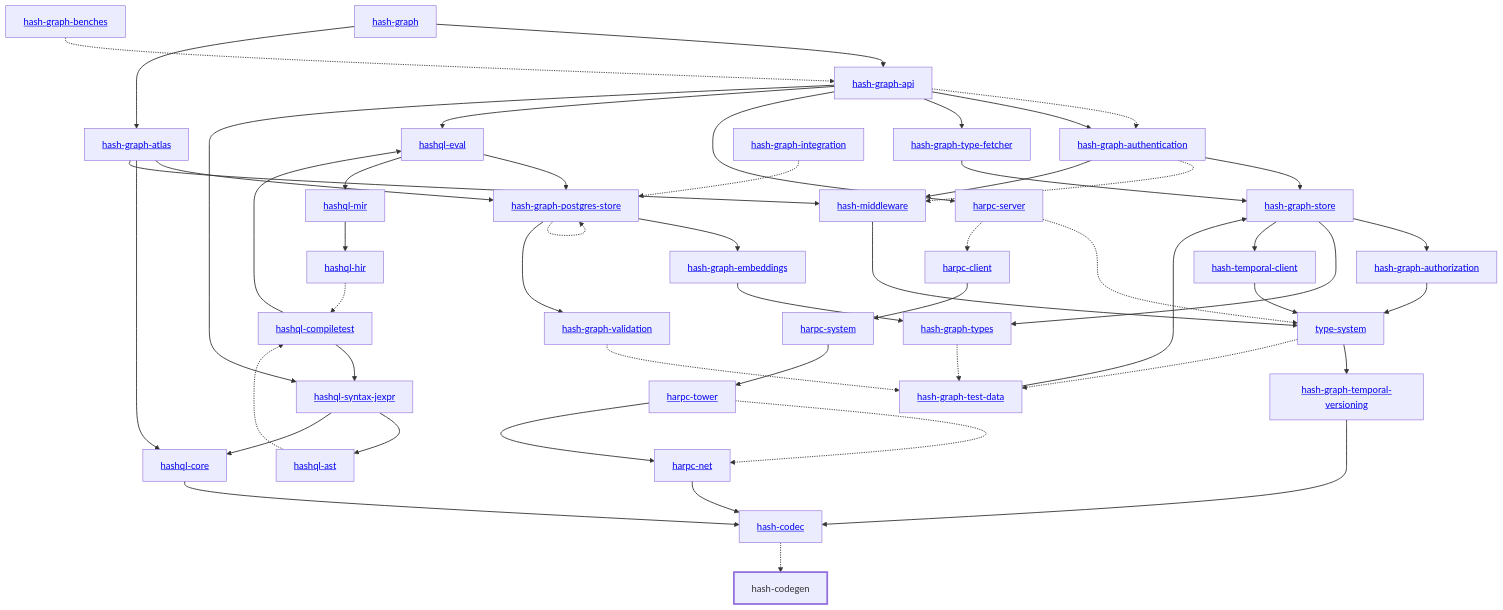
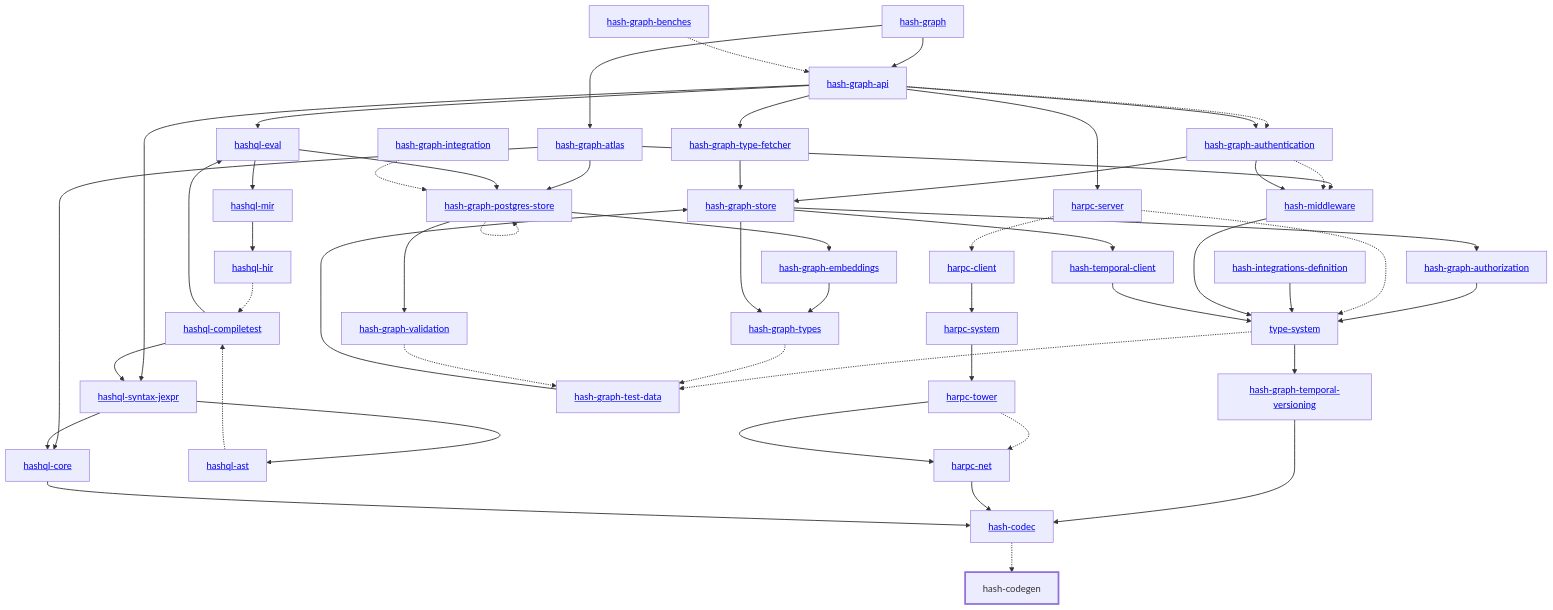
One commit to hashintel/hash changed the diagram in libs/@local/codegen/docs/dependency-diagram.mmd. Above: the diagram before and after it, drawn with Mermaid. The commit also changed 21 other files, not shown here.

```diff
--- a/libs/@local/codegen/docs/dependency-diagram.mmd
+++ b/libs/@local/codegen/docs/dependency-diagram.mmd
@@ -1,94 +1,96 @@
 graph TD
     linkStyle default stroke-width:1.5px
     classDef default stroke-width:1px
     classDef root stroke-width:3px
     classDef dev stroke-width:1px
     classDef build stroke-width:1px
     %% Legend
     %% --> : Normal dependency
     %% -.-> : Dev dependency
     %% ---> : Build dependency
     0[<a href="../hash_graph/index.html">hash-graph</a>]
     1[<a href="../type_system/index.html">type-system</a>]
     2[<a href="../hash_codec/index.html">hash-codec</a>]
     3[hash-codegen]
     class 3 root
     4[<a href="../hash_graph_api/index.html">hash-graph-api</a>]
     5[<a href="../hash_graph_atlas/index.html">hash-graph-atlas</a>]
     6[<a href="../hash_graph_authentication/index.html">hash-graph-authentication</a>]
     7[<a href="../hash_graph_authorization/index.html">hash-graph-authorization</a>]
     8[<a href="../hash_graph_embeddings/index.html">hash-graph-embeddings</a>]
     9[<a href="../hash_graph_postgres_store/index.html">hash-graph-postgres-store</a>]
     10[<a href="../hash_graph_store/index.html">hash-graph-store</a>]
     11[<a href="../hash_graph_temporal_versioning/index.html">hash-graph-temporal-versioning</a>]
     12[<a href="../hash_graph_type_fetcher/index.html">hash-graph-type-fetcher</a>]
     13[<a href="../hash_graph_types/index.html">hash-graph-types</a>]
     14[<a href="../hash_graph_validation/index.html">hash-graph-validation</a>]
     15[<a href="../harpc_client/index.html">harpc-client</a>]
     16[<a href="../harpc_net/index.html">harpc-net</a>]
     17[<a href="../harpc_server/index.html">harpc-server</a>]
     18[<a href="../harpc_system/index.html">harpc-system</a>]
     19[<a href="../harpc_tower/index.html">harpc-tower</a>]
     20[<a href="../hashql_ast/index.html">hashql-ast</a>]
     21[<a href="../hashql_compiletest/index.html">hashql-compiletest</a>]
     22[<a href="../hashql_core/index.html">hashql-core</a>]
     23[<a href="../hashql_eval/index.html">hashql-eval</a>]
     24[<a href="../hashql_hir/index.html">hashql-hir</a>]
     25[<a href="../hashql_mir/index.html">hashql-mir</a>]
     26[<a href="../hashql_syntax_jexpr/index.html">hashql-syntax-jexpr</a>]
-    27[<a href="../hash_middleware/index.html">hash-middleware</a>]
-    28[<a href="../hash_temporal_client/index.html">hash-temporal-client</a>]
-    29[<a href="../hash_graph_benches/index.html">hash-graph-benches</a>]
-    30[<a href="../hash_graph_integration/index.html">hash-graph-integration</a>]
-    31[<a href="../hash_graph_test_data/index.html">hash-graph-test-data</a>]
+    27[<a href="../hash_integrations_definition/index.html">hash-integrations-definition</a>]
+    28[<a href="../hash_middleware/index.html">hash-middleware</a>]
+    29[<a href="../hash_temporal_client/index.html">hash-temporal-client</a>]
+    30[<a href="../hash_graph_benches/index.html">hash-graph-benches</a>]
+    31[<a href="../hash_graph_integration/index.html">hash-graph-integration</a>]
+    32[<a href="../hash_graph_test_data/index.html">hash-graph-test-data</a>]
     0 --> 4
     0 --> 5
     1 --> 11
-    1 -.-> 31
+    1 -.-> 32
     2 -.-> 3
     4 -.-> 6
     4 --> 6
     4 --> 12
     4 --> 17
     4 --> 23
     4 --> 26
     5 --> 9
     5 --> 22
-    5 --> 27
+    5 --> 28
     6 --> 10
-    6 -.-> 27
-    6 --> 27
+    6 -.-> 28
+    6 --> 28
     7 --> 1
     8 --> 13
     9 --> 8
     9 -.-> 9
     9 --> 14
     10 --> 7
     10 --> 13
-    10 --> 28
+    10 --> 29
     11 --> 2
     12 --> 10
-    13 -.-> 31
-    14 -.-> 31
+    13 -.-> 32
+    14 -.-> 32
     15 --> 18
     16 --> 2
     17 -.-> 1
     17 -.-> 15
     18 --> 19
     19 -.-> 16
     19 --> 16
     20 -.-> 21
     21 --> 23
     21 --> 26
     22 --> 2
     23 --> 9
     23 --> 25
     24 -.-> 21
     25 --> 24
     26 --> 20
     26 --> 22
     27 --> 1
     28 --> 1
-    29 -.-> 4
-    30 -.-> 9
-    31 --> 10
+    29 --> 1
+    30 -.-> 4
+    31 -.-> 9
+    32 --> 10
```
